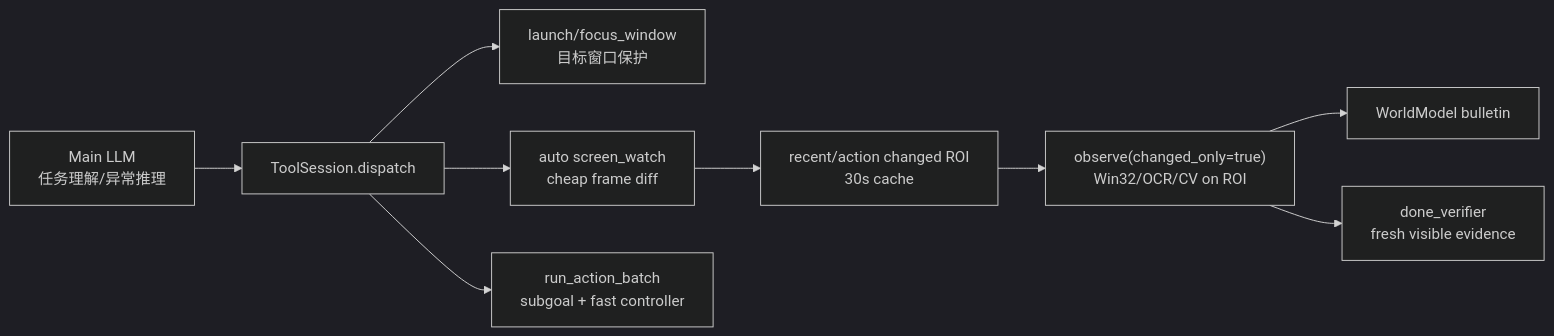
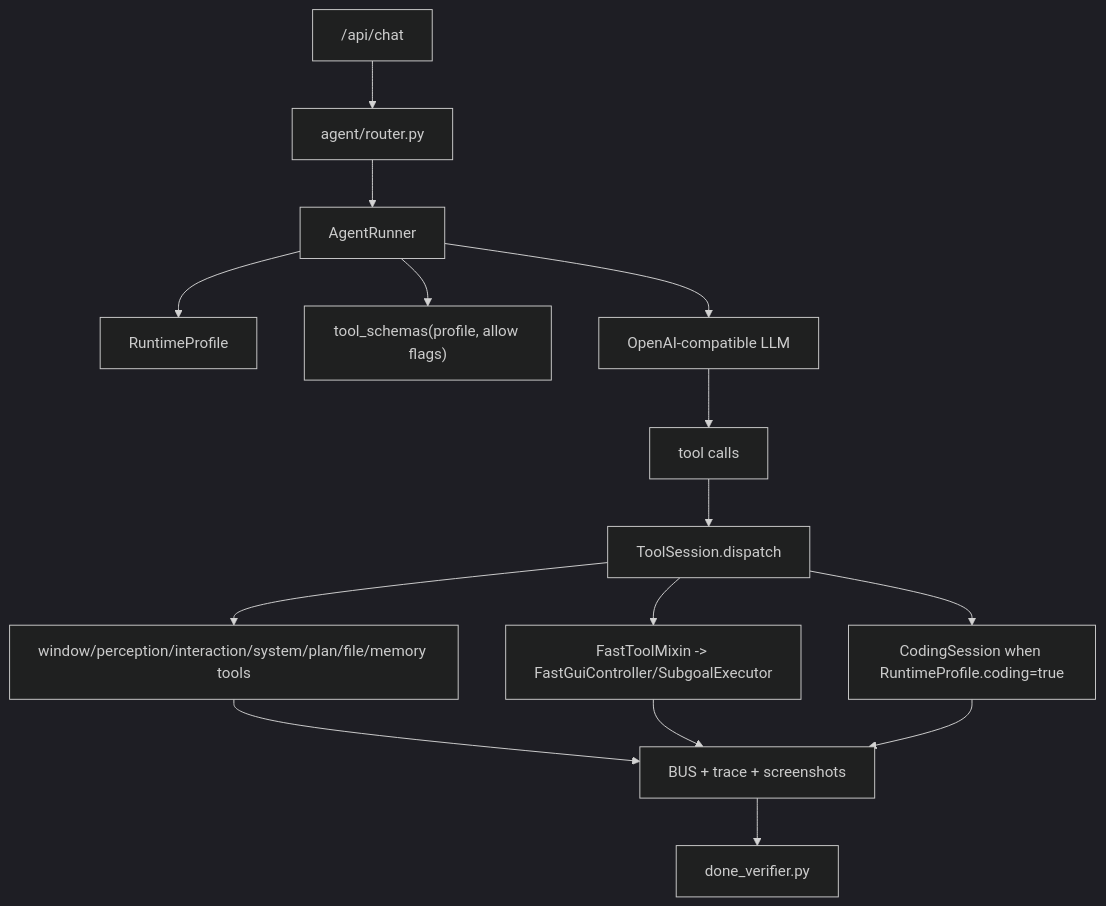
Before and after one commit to zoujiapeng/lingdong-script: the second of 2 diagrams in docs/architecture.md, drawn with Mermaid (dark theme). The commit also changed other lines of this file and 7 other files, not shown here.

Commit message:
Align docs with unified WinPilot runtime

````diff
--- a/docs/architecture.md
+++ b/docs/architecture.md
@@ -123,11 +59,17 @@
 ```mermaid
-flowchart LR
-    llm["Main LLM<br/>任务理解/异常推理"] --> tools["ToolSession.dispatch"]
-    tools --> launch["launch/focus_window<br/>目标窗口保护"]
-    tools --> watcher["auto screen_watch<br/>cheap frame diff"]
-    watcher --> roi["recent/action changed ROI<br/>30s cache"]
-    roi --> observe["observe(changed_only=true)<br/>Win32/OCR/CV on ROI"]
-    tools --> batch["run_action_batch<br/>subgoal + fast controller"]
-    observe --> world["WorldModel bulletin"]
-    observe --> done["done_verifier<br/>fresh visible evidence"]
+flowchart TD
+  Chat["/api/chat"] --> Router["agent/router.py"]
+  Router --> Runner["AgentRunner"]
+  Runner --> Profile["RuntimeProfile"]
+  Runner --> Schema["tool_schemas(profile, allow flags)"]
+  Runner --> LLM["OpenAI-compatible LLM"]
+  LLM --> Calls["tool calls"]
+  Calls --> Dispatch["ToolSession.dispatch"]
+  Dispatch --> Mixins["window/perception/interaction/system/plan/file/memory tools"]
+  Dispatch --> Fast["FastToolMixin -> FastGuiController/SubgoalExecutor"]
+  Dispatch --> Coding["CodingSession when RuntimeProfile.coding=true"]
+  Mixins --> Trace["BUS + trace + screenshots"]
+  Fast --> Trace
+  Coding --> Trace
+  Trace --> Done["done_verifier.py"]
 ```
````
